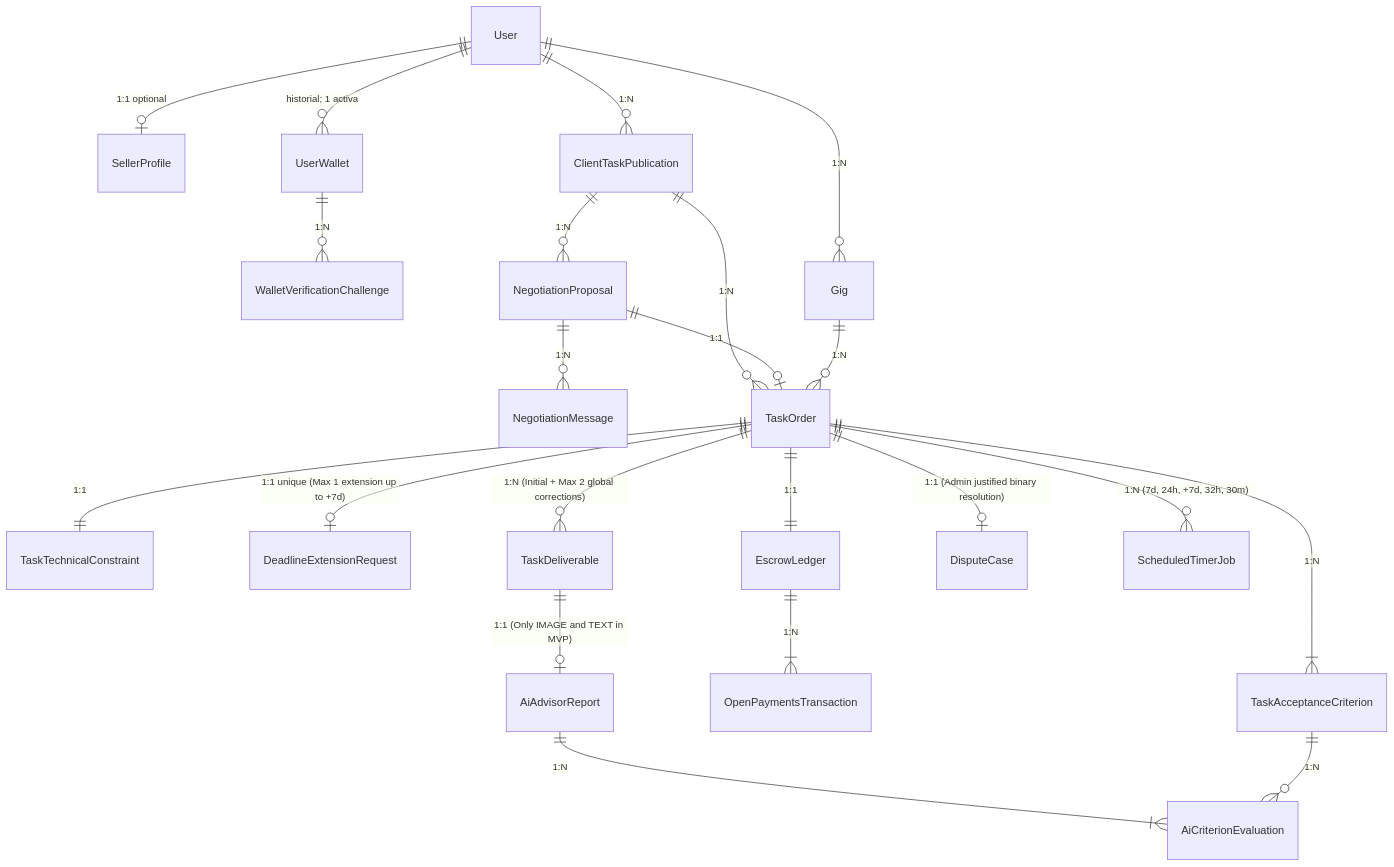
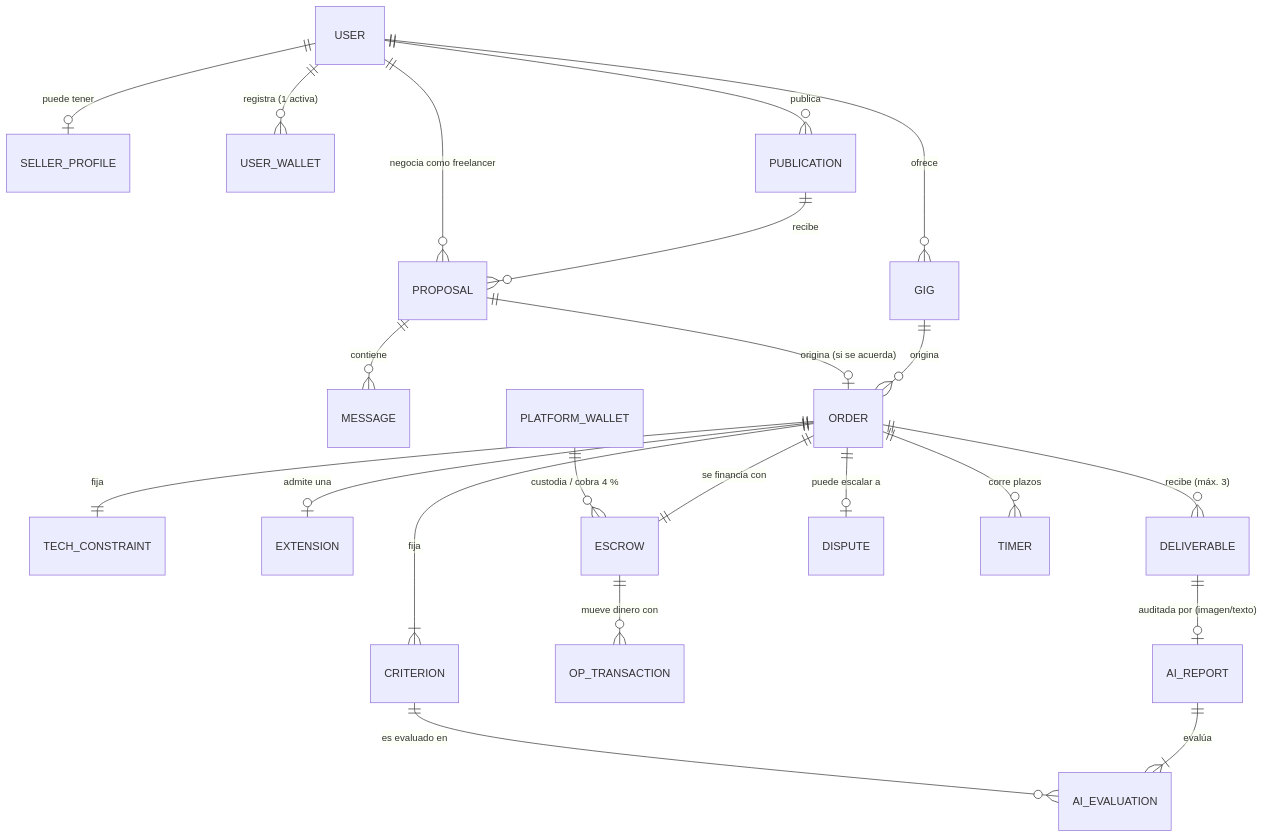
Before and after one commit to Sebastian-Tunjuelo/Haki-Soft: the second of 3 diagrams in planning/architecture-overview.md, drawn with Mermaid. The commit also changed other lines of this file and 19 other files, not shown here.

Commit message:
feat(modelo_datos): modelo de datos desacoplado, schemas Zod, SPEC-04/05 y trazabilidad AI

````diff
--- a/planning/architecture-overview.md
+++ b/planning/architecture-overview.md
@@ -243,28 +254,24 @@
 ```mermaid
 erDiagram
-    User ||--o| SellerProfile : "1:1 optional"
-    User ||--o{ UserWallet : "historial; 1 activa"
-    UserWallet ||--o{ WalletVerificationChallenge : "1:N"
-
-    User ||--o{ Gig : "1:N"
-    User ||--o{ ClientTaskPublication : "1:N"
-    ClientTaskPublication ||--o{ NegotiationProposal : "1:N"
-    NegotiationProposal ||--o{ NegotiationMessage : "1:N"
-
-    ClientTaskPublication ||--o{ TaskOrder : "1:N"
-    NegotiationProposal ||--o| TaskOrder : "1:1"
-    Gig ||--o{ TaskOrder : "1:N"
-
-    TaskOrder ||--|{ TaskAcceptanceCriterion : "1:N"
-    TaskOrder ||--|| TaskTechnicalConstraint : "1:1"
-    TaskOrder ||--o| DeadlineExtensionRequest : "1:1 unique (Max 1 extension up to +7d)"
-    TaskOrder ||--|| EscrowLedger : "1:1"
-    TaskOrder ||--o{ TaskDeliverable : "1:N (Initial + Max 2 global corrections)"
-    TaskOrder ||--o| DisputeCase : "1:1 (Admin justified binary resolution)"
-    TaskOrder ||--o{ ScheduledTimerJob : "1:N (7d, 24h, +7d, 32h, 30m)"
-
-    EscrowLedger ||--|{ OpenPaymentsTransaction : "1:N"
-    TaskDeliverable ||--o| AiAdvisorReport : "1:1 (Only IMAGE and TEXT in MVP)"
-    AiAdvisorReport ||--|{ AiCriterionEvaluation : "1:N"
-    TaskAcceptanceCriterion ||--o{ AiCriterionEvaluation : "1:N"
+    USER ||--o| SELLER_PROFILE : "puede tener"
+    USER ||--o{ USER_WALLET : "registra (1 activa)"
+    USER ||--o{ GIG : "ofrece"
+    USER ||--o{ PUBLICATION : "publica"
+    PUBLICATION ||--o{ PROPOSAL : "recibe"
+    USER ||--o{ PROPOSAL : "negocia como freelancer"
+    PROPOSAL ||--o{ MESSAGE : "contiene"
+    GIG ||--o{ ORDER : "origina"
+    PROPOSAL ||--o| ORDER : "origina (si se acuerda)"
+    ORDER ||--|{ CRITERION : "fija"
+    ORDER ||--|| TECH_CONSTRAINT : "fija"
+    ORDER ||--o| EXTENSION : "admite una"
+    ORDER ||--|| ESCROW : "se financia con"
+    ESCROW ||--o{ OP_TRANSACTION : "mueve dinero con"
+    PLATFORM_WALLET ||--o{ ESCROW : "custodia / cobra 4 %"
+    ORDER ||--o{ DELIVERABLE : "recibe (máx. 3)"
+    DELIVERABLE ||--o| AI_REPORT : "auditada por (imagen/texto)"
+    AI_REPORT ||--|{ AI_EVALUATION : "evalúa"
+    CRITERION ||--o{ AI_EVALUATION : "es evaluado en"
+    ORDER ||--o| DISPUTE : "puede escalar a"
+    ORDER ||--o{ TIMER : "corre plazos"
 ```
````
